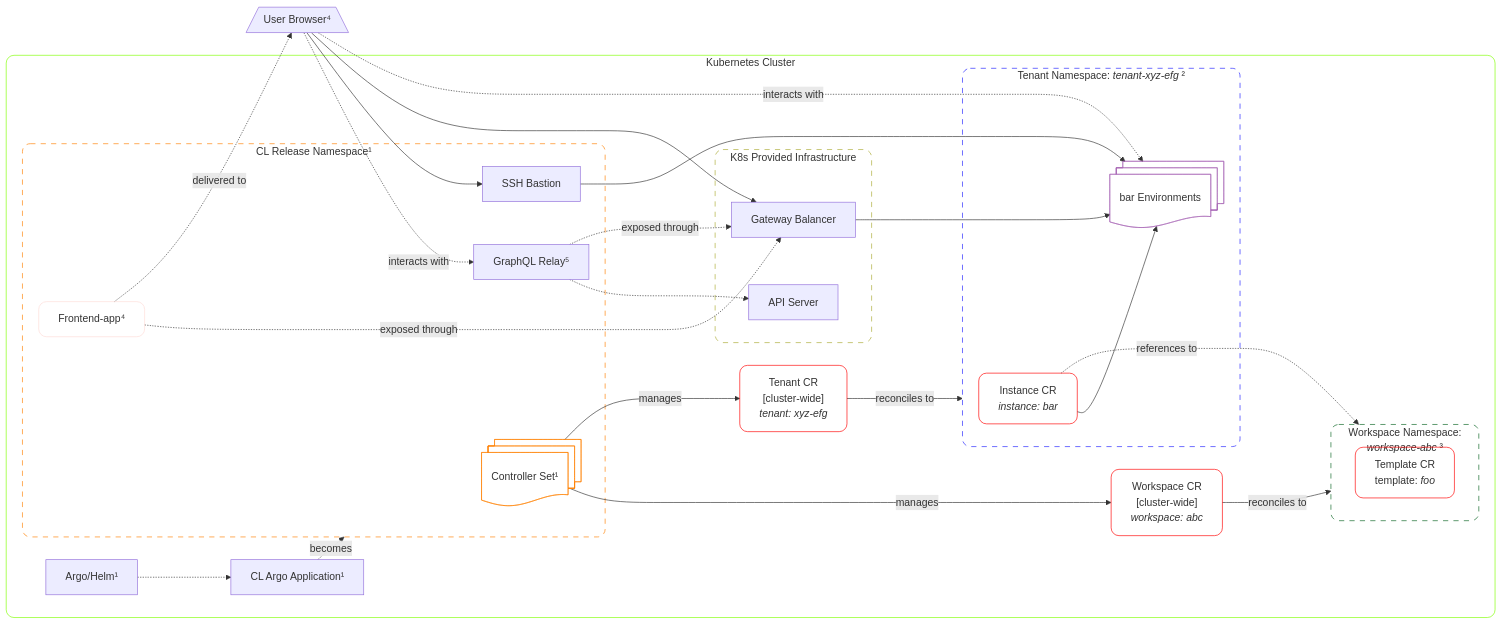
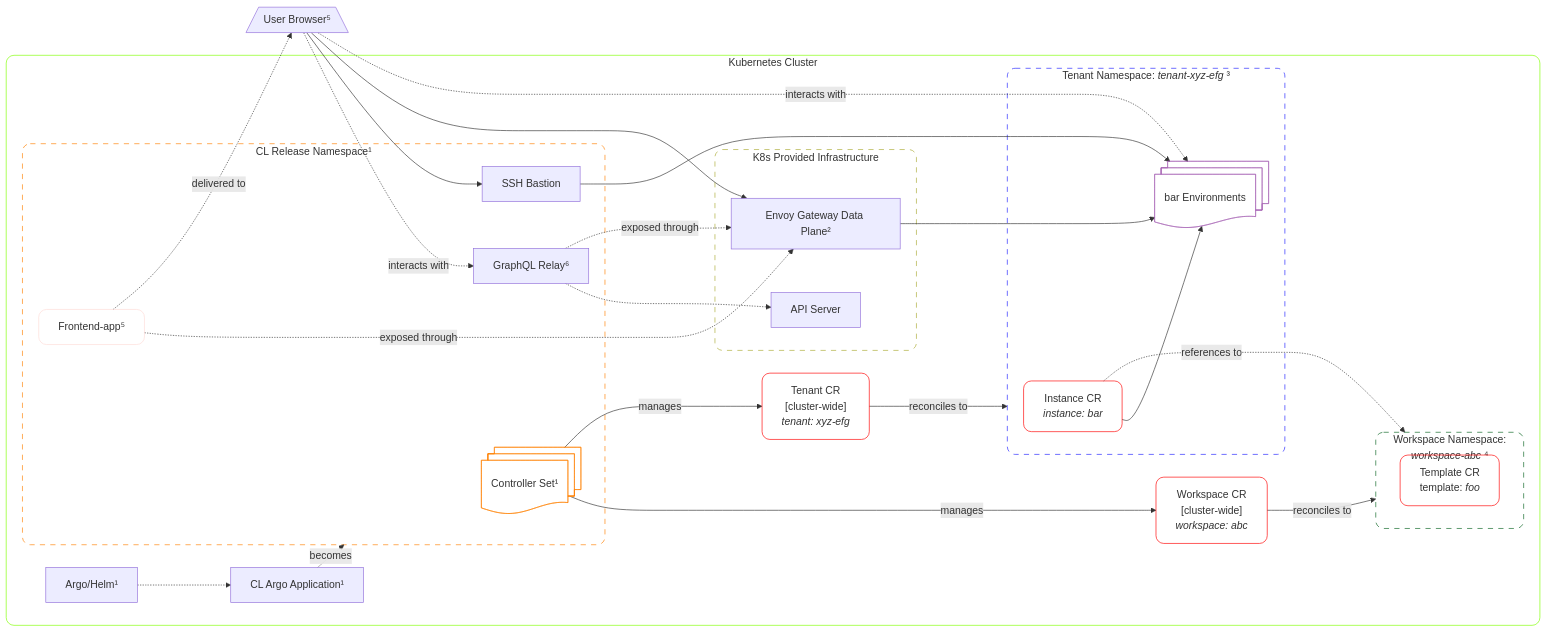
The first of 2 diagrams in README.md (netgroup-polito/CrownLabs), drawn with Mermaid before and after one commit. The commit also changed other lines of this file and 2 other files, not shown here.

Commit message:
docs: update CL deploy & GAPI graphs

````diff
--- a/README.md
+++ b/README.md
@@ -38,81 +38,81 @@
 ```mermaid
 flowchart LR
 
-User@{shape: trap-b, label: "User Browser⁴"}
+User@{shape: trap-b, label: "User Browser⁵"}
 
 subgraph Cluster["Kubernetes Cluster"]
     %% Cells
     Argo["Argo/Helm¹"]
     Release["CL Argo Application¹"]
 
     %% subgraphs
     subgraph ReleaseNS["CL Release Namespace¹"]
         Controllers@{shape: docs, label: "Controller Set¹"}
-        Frontend["Frontend-app⁴"]:::FrontendStyle
-        GraphQL["GraphQL Relay⁵"]
+        Frontend["Frontend-app⁵"]:::FrontendStyle
+        GraphQL["GraphQL Relay⁶"]
         Bastion["SSH Bastion"]
     end
     WorkspaceCR["`Workspace CR
         [cluster-wide]
         _workspace: abc_`"]:::CustomResourceStyle
     Controllers -- manages --> WorkspaceCR
     subgraph WorkspaceNS["`Workspace Namespace:
-    _workspace-abc_ ³`"]
+    _workspace-abc_ ⁴`"]
         direction LR
         TemplateCR["`Template CR
             template: _foo_`"]:::CustomResourceStyle
     end
     TenantCR["`Tenant CR
         [cluster-wide]
         _tenant: xyz-efg_`"]:::CustomResourceStyle
-    subgraph TenantNS["`Tenant Namespace: _tenant-xyz-efg_ ²`"]
+    subgraph TenantNS["`Tenant Namespace: _tenant-xyz-efg_ ³`"]
         InstanceCR["`Instance CR
             _instance: bar_`"]:::CustomResourceStyle
         InstanceEnv@{shape: docs, label: "bar Environments"}
 
     end
     subgraph K8S["K8s Provided Infrastructure"]
         APIServer["API Server"]
-        GWAPI["Gateway Balancer"]
+        GWAPI["Envoy Gateway Data Plane²"]
     end
 end
 
 Controllers -- manages --> TenantCR
 Argo .-> Release
 Release -. becomes .-> ReleaseNS
 Frontend -. exposed through .-> GWAPI
 Frontend -. delivered to .-> User
 GraphQL .-> APIServer
 GWAPI ---> InstanceEnv
 WorkspaceCR -- reconciles to --> WorkspaceNS
 TenantCR -- reconciles to --> TenantNS
 User --> GWAPI
 User -. interacts with .-> GraphQL
 User -. interacts with .-> InstanceEnv
 InstanceCR -. references to ..-> TemplateCR
 InstanceCR --> InstanceEnv
 GraphQL -. exposed through .-> GWAPI
 User --> Bastion
 Bastion  --> InstanceEnv
 
 classDef ControllerStyle stroke:#FF8000,rx:12,ry:12,fill:none
 classDef WorkspaceStyle stroke:#0A6522,rx:12,ry:12,fill:none
 classDef CustomResourceStyle stroke:#FF0000,rx:12,ry:12,fill:none
 classDef TenantStyle stroke:#2222FF,rx:12,ry:12,fill:none
 classDef EnvironmentStyle stroke:#A865B5,rx:12,ry:12,fill:none
 classDef FrontendStyle stroke:#FDDCD7,rx:12,ry:12,fill:none
 classDef ClusterStyle stroke:#80FF00,rx:12,ry:12,fill:none
 
 classDef GenericDomainStyle fill:none,rx:12,ry:12,stroke-dasharray:8
 classDef WorkspaceNSStyle stroke:#0A6522,rx:12,ry:12,fill:none,stroke-dasharray:8
 classDef TenantNSStyle stroke:#2222FF,rx:12,ry:12,fill:none,stroke-dasharray:8
 classDef ReleaseNSStyle stroke:#FF8000,rx:12,ry:12,fill:none,stroke-dasharray:8
 
 class K8S GenericDomainStyle
 class ReleaseNS ReleaseNSStyle
 class Controllers ControllerStyle
 class WorkspaceNS WorkspaceNSStyle
 class InstanceEnv EnvironmentStyle
 class TenantNS TenantNSStyle
 class Cluster ClusterStyle
 ```
````
